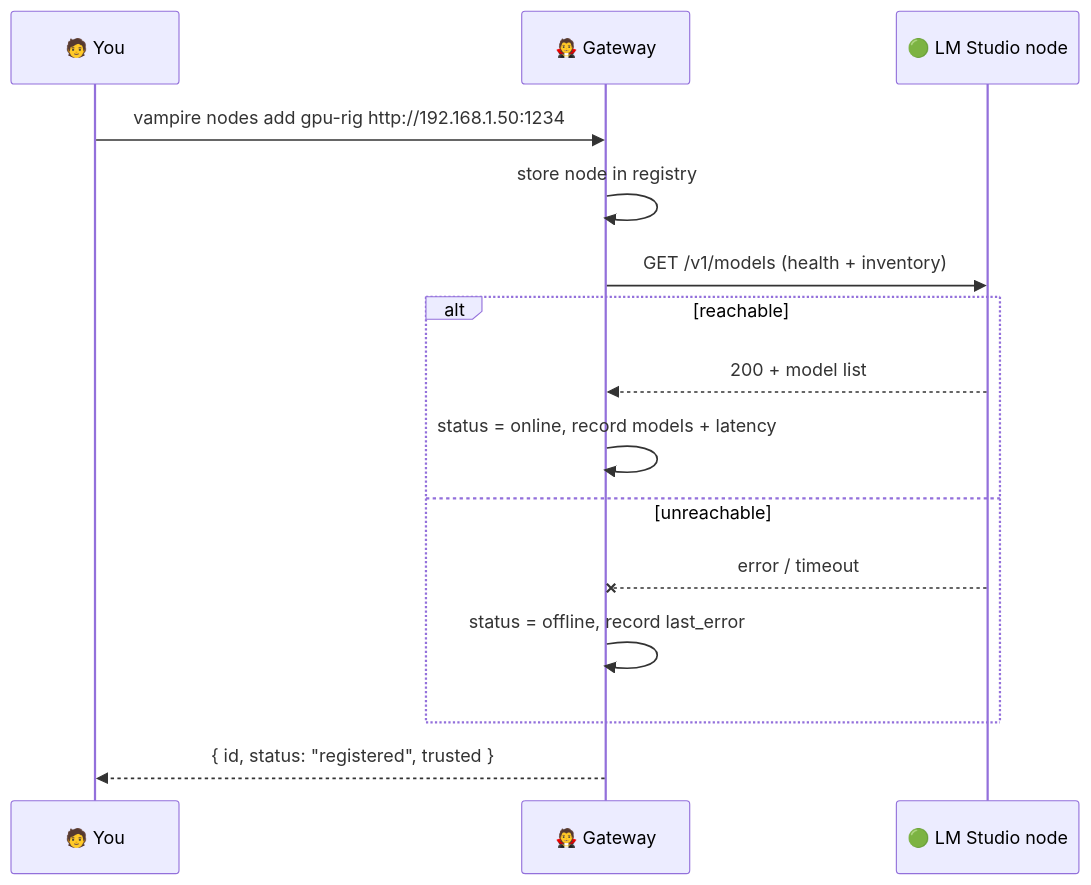
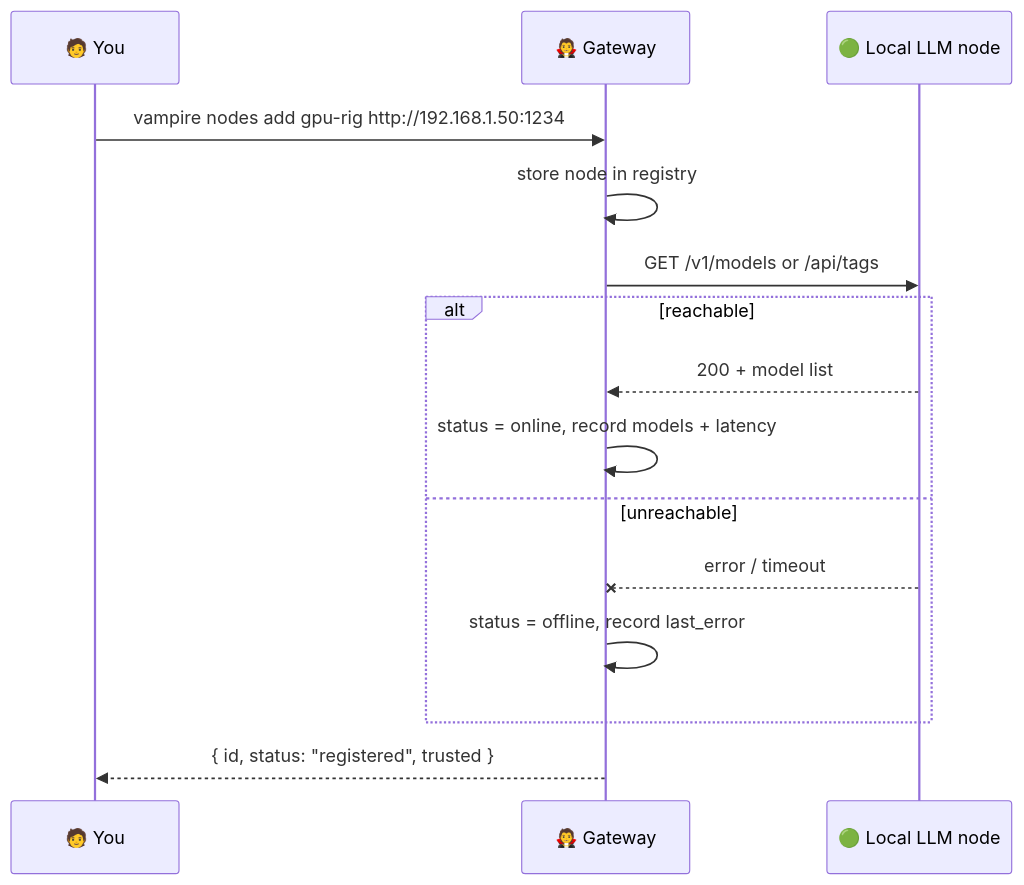
Before and after one commit to japer-technology/llm-vampire: the second of 4 diagrams in docs/manual/06-nodes-and-discovery.md, drawn with Mermaid. The commit also changed other lines of this file and 68 other files, not shown here.

````diff
--- a/docs/manual/06-nodes-and-discovery.md
+++ b/docs/manual/06-nodes-and-discovery.md
@@ -36,18 +37,18 @@
 ```mermaid
 sequenceDiagram
     participant U as 🧑 You
     participant V as 🧛 Gateway
-    participant N as 🟢 LM Studio node
+    participant N as 🟢 Local LLM node
 
     U->>V: vampire nodes add gpu-rig http://192.168.1.50:1234
     V->>V: store node in registry
-    V->>N: GET /v1/models (health + inventory)
+    V->>N: GET /v1/models or /api/tags
     alt reachable
         N-->>V: 200 + model list
         V->>V: status = online, record models + latency
     else unreachable
         N--xV: error / timeout
         V->>V: status = offline, record last_error
     end
     V-->>U: { id, status: "registered", trusted }
 ```
````
